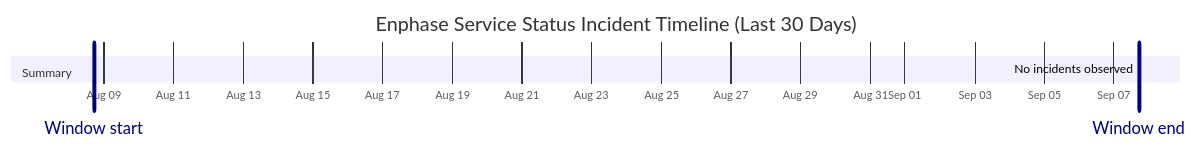
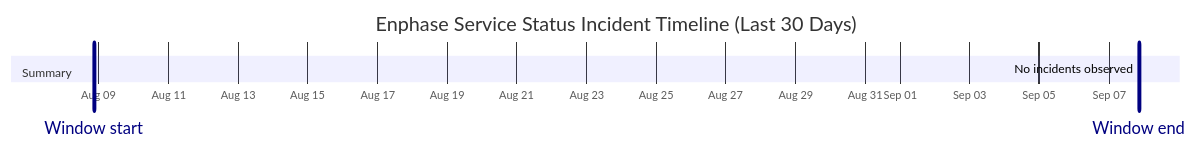
Before and after one commit to barneyonline/ha-enphase-energy: the diagram in wiki/Service-Status-History.md, drawn with Mermaid. The commit also changed other lines of this file and 3 other files, not shown here.

````diff
--- a/wiki/Service-Status-History.md
+++ b/wiki/Service-Status-History.md
@@ -14,10 +14,10 @@
 ```mermaid
 gantt
     title Enphase Service Status Incident Timeline (Last 30 Days)
     dateFormat  YYYY-MM-DDTHH:mm:ss
     axisFormat  %b %d
-    Window start :vert, window-start, 2026-08-08T17:16:20, 0ms
-    Window end :vert, window-end, 2026-09-07T17:16:20, 0ms
+    Window start :vert, window-start, 2026-08-08T20:41:45, 0ms
+    Window end :vert, window-end, 2026-09-07T20:41:45, 0ms
     section Summary
-    No incidents observed :done, 2026-09-07T17:16:20, 1m
+    No incidents observed :done, 2026-09-07T20:41:45, 1m
 ```
````
